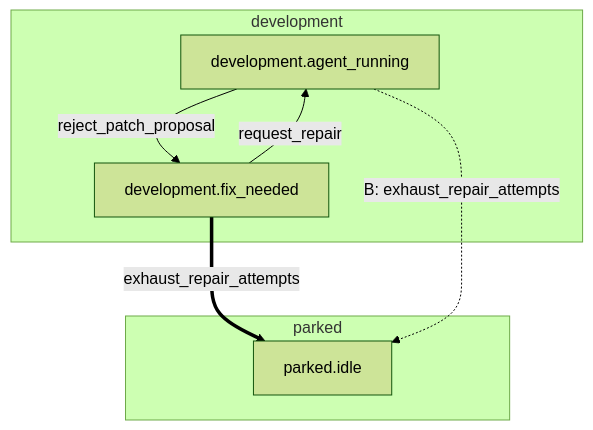
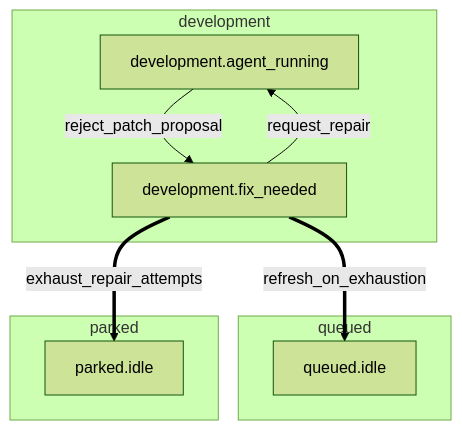
One commit to riseproject-dev/porting-agent changed the seventh of 52 diagrams in docs/state-machine/decisions.md. Above: the diagram before and after it, drawn with Mermaid (forest theme). The commit also changed other lines of this file and 9 other files, not shown here.

````diff
--- a/docs/state-machine/decisions.md
+++ b/docs/state-machine/decisions.md
@@ -202,15 +180,18 @@
 ```mermaid
 flowchart TB
     subgraph development["development"]
         development_agent_running["development.agent_running"]
         development_fix_needed["development.fix_needed"]
+    end
+    subgraph queued["queued"]
+        queued_idle["queued.idle"]
     end
     subgraph parked["parked"]
         parked_idle["parked.idle"]
     end
 
     development_agent_running -->|reject_patch_proposal| development_fix_needed
     development_fix_needed -->|request_repair| development_agent_running
+    development_fix_needed ==>|refresh_on_exhaustion| queued_idle
     development_fix_needed ==>|exhaust_repair_attempts| parked_idle
-    development_agent_running -.->|"B: exhaust_repair_attempts"| parked_idle
 ```
````
